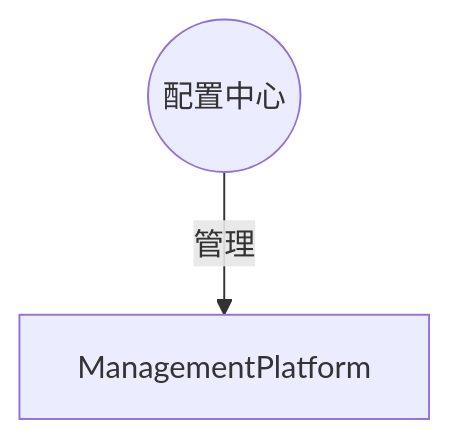
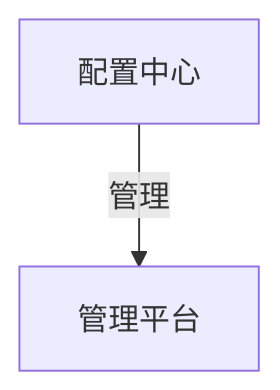
One commit to kaori-seasons/taobao-api-gateway changed the sixth of 8 diagrams in README.md. Above: the diagram before and after it, drawn with Mermaid. The commit also changed other lines of this file and 1 other file, not shown here.

````diff
--- a/README.md
+++ b/README.md
@@ -85,4 +109,6 @@
 ```mermaid
 graph TD
-    ConfigurationCenter((配置中心)) -->|管理| ManagementPlatform
+    ConfigurationCenter[配置中心]
+    ManagementPlatform[管理平台]
+    ConfigurationCenter -->|管理| ManagementPlatform
 ```
````
